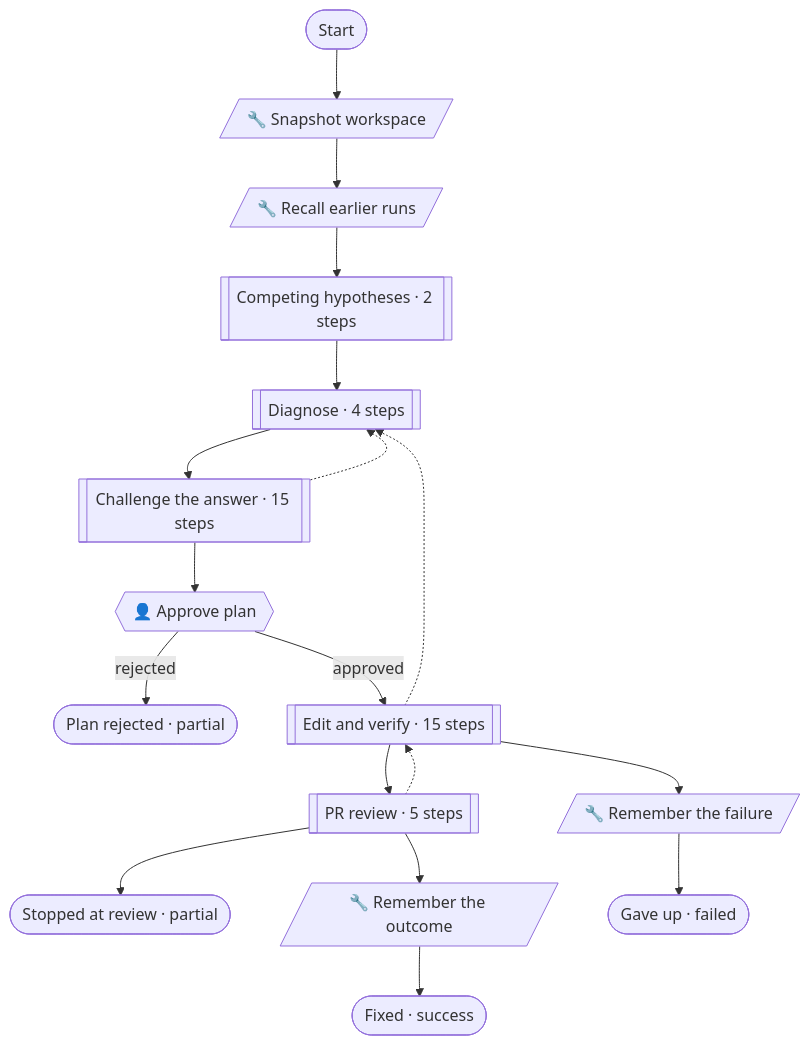
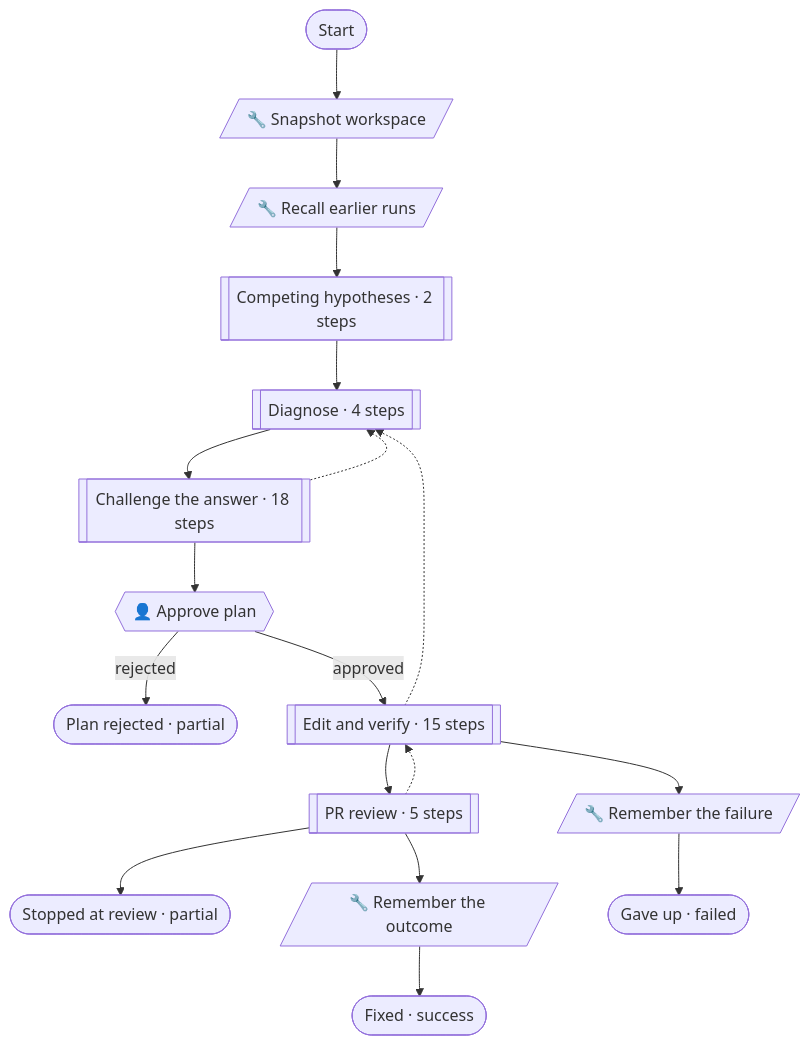
The second of 7 diagrams in docs/patterns.md (pirty6/symphony-core), drawn with Mermaid before and after one commit. The commit also changed other lines of this file and 2 other files, not shown here.

````diff
--- a/docs/patterns.md
+++ b/docs/patterns.md
@@ -149,35 +149,35 @@
 ```mermaid
 flowchart TD
   n_start(["Start"])
   n_snapshot[/"🔧 Snapshot workspace"/]
   n_recall[/"🔧 Recall earlier runs"/]
   n_approve{{"👤 Approve plan"}}
   n_reviewStopped(["Stopped at review · partial"])
   n_learnFixed[/"🔧 Remember the outcome"/]
   n_learnFailed[/"🔧 Remember the failure"/]
   n_fixed(["Fixed · success"])
   n_gaveUp(["Gave up · failed"])
   n_rejected(["Plan rejected · partial"])
   n_hypothesesPhase[["Competing hypotheses · 2 steps"]]
   n_diagnosePhase[["Diagnose · 4 steps"]]
-  n_challengePhase[["Challenge the answer · 15 steps"]]
+  n_challengePhase[["Challenge the answer · 18 steps"]]
   n_editPhase[["Edit and verify · 15 steps"]]
   n_prReviewPhase[["PR review · 5 steps"]]
   n_start --> n_snapshot
   n_snapshot --> n_recall
   n_recall --> n_hypothesesPhase
   n_learnFixed --> n_fixed
   n_learnFailed --> n_gaveUp
   n_hypothesesPhase --> n_diagnosePhase
   n_diagnosePhase --> n_challengePhase
   n_challengePhase --> n_approve
   n_challengePhase -.-> n_diagnosePhase
   n_approve -->|"approved"| n_editPhase
   n_approve -->|"rejected"| n_rejected
   n_editPhase --> n_prReviewPhase
   n_editPhase --> n_learnFailed
   n_editPhase -.-> n_diagnosePhase
   n_prReviewPhase --> n_learnFixed
   n_prReviewPhase -.-> n_editPhase
   n_prReviewPhase --> n_reviewStopped
 ```
````
